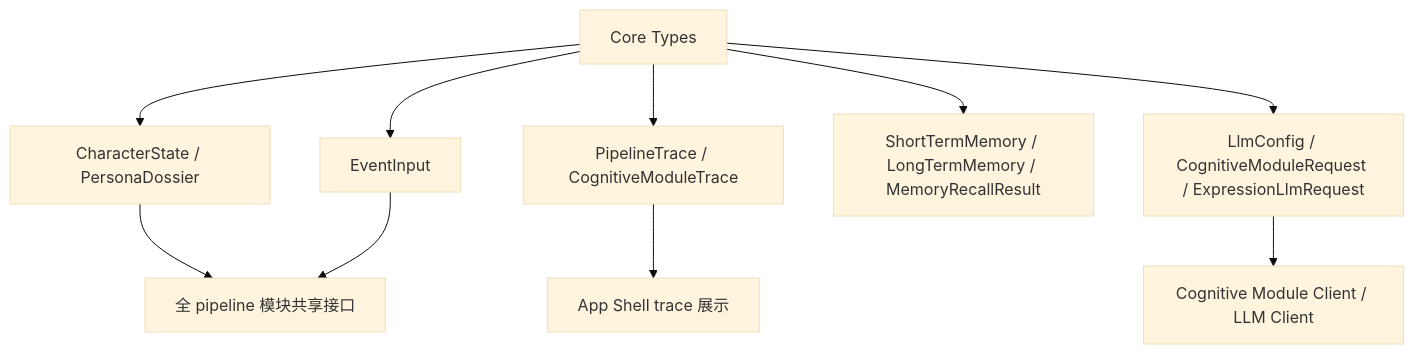
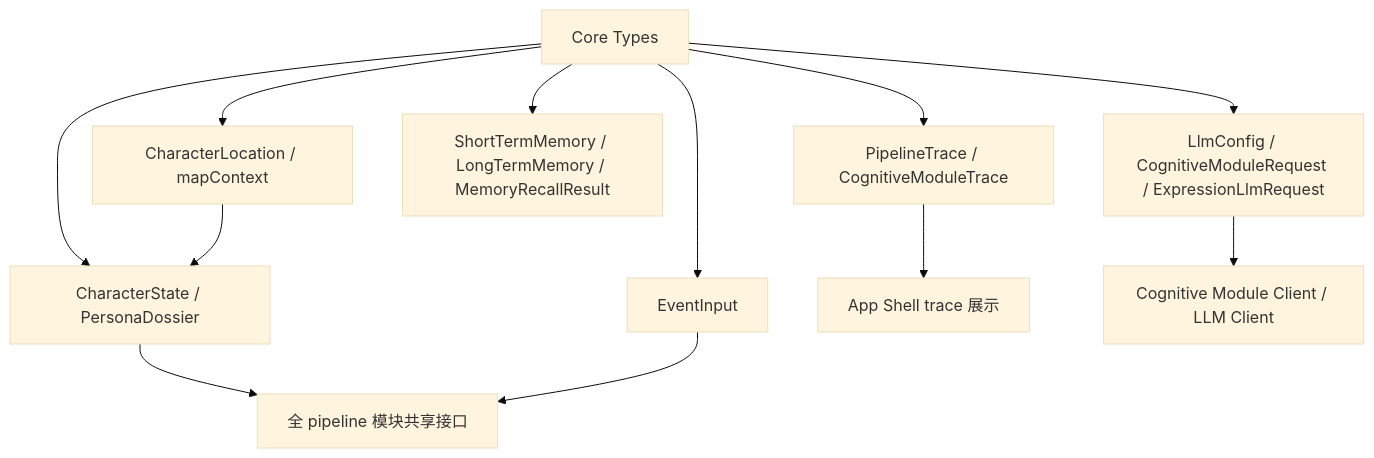
Before and after one commit to ttmanthatman/virtual-human-flow: diagram 12 of 30 in docs/SYSTEM_FLOW.md, drawn with Mermaid (base theme). The commit also changed other lines of this file and 13 other files, not shown here.

````diff
--- a/docs/SYSTEM_FLOW.md
+++ b/docs/SYSTEM_FLOW.md
@@ -280,12 +291,14 @@
 ```mermaid
 flowchart TD
     TYPES["Core Types"] --> STATE["CharacterState / PersonaDossier"]
+    TYPES --> LOCATION["CharacterLocation / mapContext"]
     TYPES --> EVENT["EventInput"]
     TYPES --> TRACE["PipelineTrace / CognitiveModuleTrace"]
     TYPES --> MEMORY["ShortTermMemory / LongTermMemory / MemoryRecallResult"]
     TYPES --> LLM["LlmConfig / CognitiveModuleRequest / ExpressionLlmRequest"]
     STATE --> MODULES["全 pipeline 模块共享接口"]
+    LOCATION --> STATE
     EVENT --> MODULES
     TRACE --> UI["App Shell trace 展示"]
     LLM --> CLIENTS["Cognitive Module Client / LLM Client"]
 ```
````
